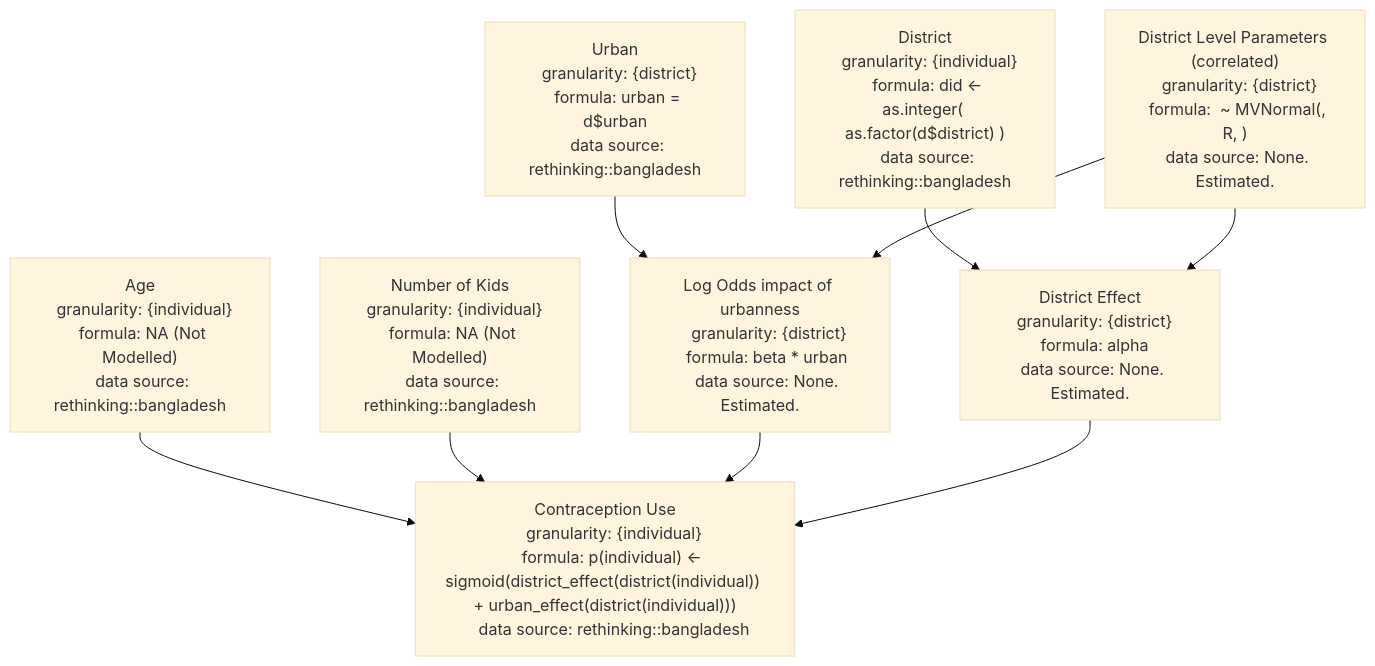
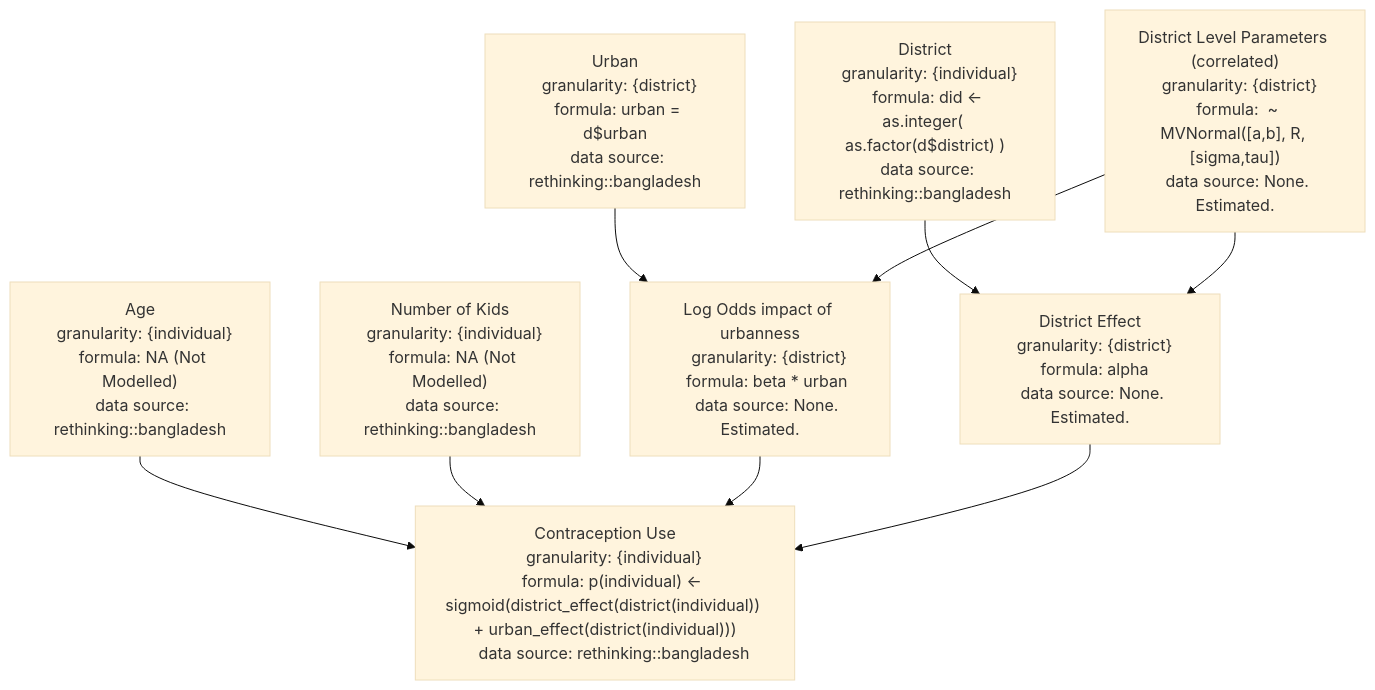
The diagram in README.md (PatrickRobotham/causal-dag-notation), drawn with Mermaid (base theme) before and after one commit.

Commit message:
Fix formula syntax in README.md

````diff
--- a/README.md
+++ b/README.md
@@ -36,65 +36,65 @@
 ```mermaid
 flowchart TD
   age["
   Age
   granularity: {individual}
   formula: NA (Not Modelled)
   data source: rethinking::bangladesh
   "]
   kids["
   Number of Kids
   granularity: {individual}
   formula: NA (Not Modelled)
   data source: rethinking::bangladesh 
   "]
   district["
   District
   granularity: {individual}
   formula: did <- as.integer( as.factor(d$district) )
   data source: rethinking::bangladesh 
   "]
   urban["
   Urban
   granularity: {district}
   formula: urban = d$urban
   data source: rethinking::bangladesh
   "]
   correlated_effects["
   District Level Parameters (correlated)
   granularity: {district}
-  formula: <alpha,beta> ~ MVNormal(<a,b>, R, <sigma,tau>)
+  formula: <alpha,beta> ~ MVNormal([a,b], R, [sigma,tau])
   data source: None. Estimated.
   "]
   district_effect["
   District Effect
   granularity: {district}
   formula: alpha
   data source: None. Estimated.
   "]
   urban_effect["
     Log Odds impact of urbanness
     granularity: {district}
     formula: beta * urban 
     data source: None. Estimated.
   "]
   contraception["
     Contraception Use
     granularity: {individual}
     formula: p(individual) <- sigmoid(district_effect(district(individual)) + urban_effect(district(individual)))
     data source: rethinking::bangladesh
   "]
 
   age --> contraception
   kids --> contraception
   urban --> urban_effect --> contraception
   district --> district_effect --> contraception
   correlated_effects --> urban_effect
   correlated_effects --> district_effect
   
 
   
   
   
 
 
 ```
````
